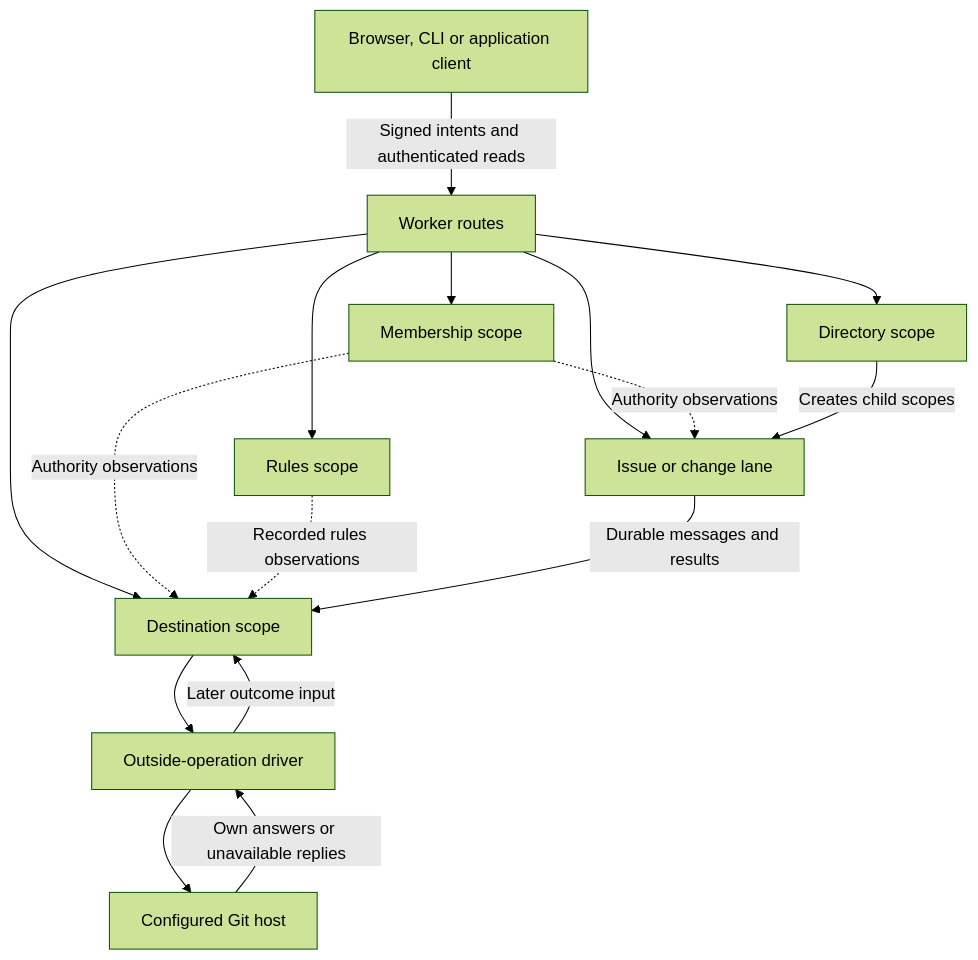
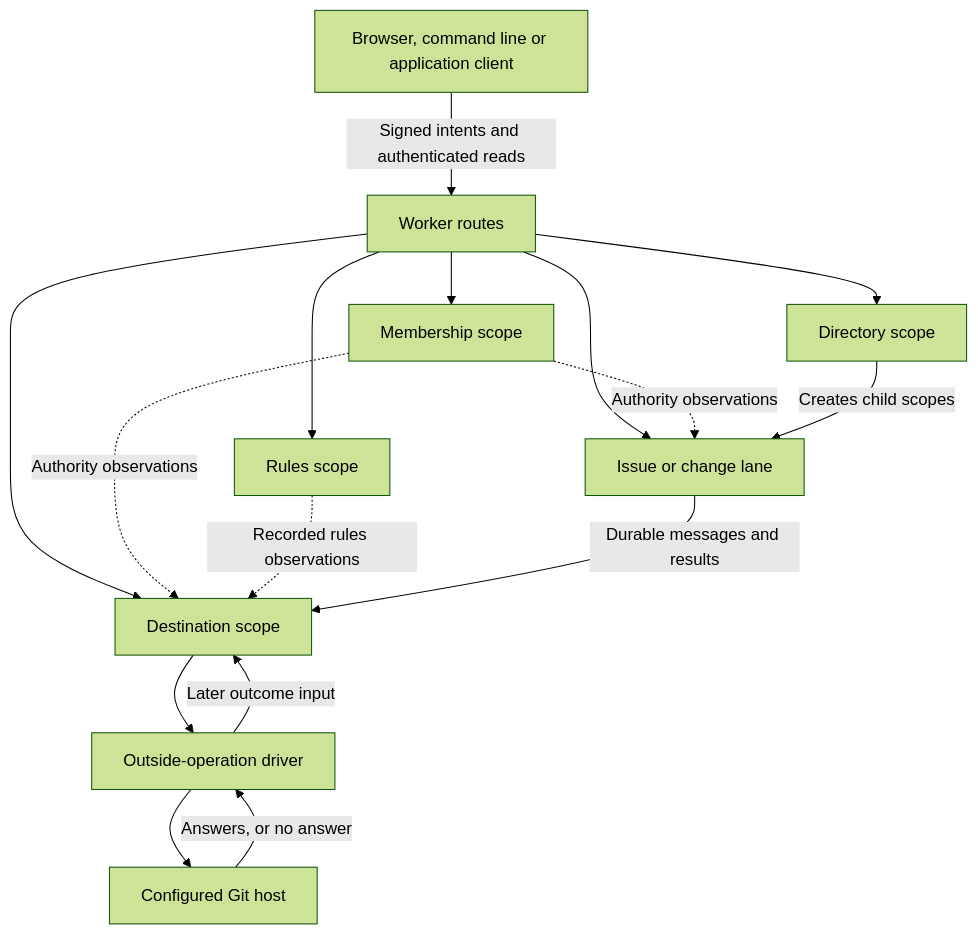
One commit to generalbusiness-ai/artroom changed the second of 2 diagrams in docs/architecture.md. Above: the diagram before and after it, drawn with Mermaid (forest theme). The commit also changed other lines of this file and 4 other files, not shown here.

First line of the commit message:
Write the root README, What is dap, the architecture page, the Counter tutorial and the application how-to

````diff
--- a/docs/architecture.md
+++ b/docs/architecture.md
@@ -11,18 +181,18 @@
 ```mermaid
 flowchart TB
-  C[Browser, CLI or application client] -->|Signed intents and authenticated reads| W[Worker routes]
+  C[Browser, command line or application client] -->|Signed intents and authenticated reads| W[Worker routes]
   W --> D[Directory scope]
   W --> M[Membership scope]
   W --> R[Rules scope]
   W --> L[Issue or change lane]
   W --> P[Destination scope]
   M -.->|Authority observations| L
   M -.->|Authority observations| P
   R -.->|Recorded rules observations| P
   D -->|Creates child scopes| L
   L -->|Durable messages and results| P
   P --> O[Outside-operation driver]
   O --> H[Configured Git host]
-  H -->|Own answers or unavailable replies| O
+  H -->|Answers, or no answer| O
   O -->|Later outcome input| P
 ```
````
